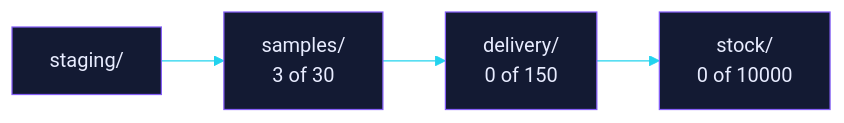
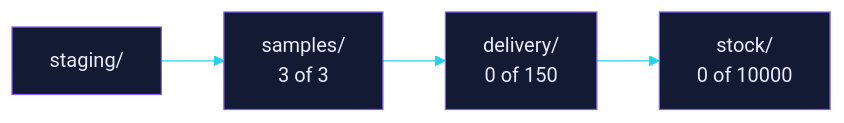
Before and after one commit to EtharaOrion/thanatos-samples: the second of 2 diagrams in README.md, drawn with Mermaid. The commit also changed other lines of this file, not shown here.

Commit message:
chore(lane): render the README for the samples ceiling of 3

````diff
--- a/README.md
+++ b/README.md
@@ -77,8 +77,8 @@
 ```mermaid
 %%{init: {"theme":"base","themeVariables":{"primaryColor":"#131a33","primaryTextColor":"#e8ecff","primaryBorderColor":"#845EF7","lineColor":"#22d3ee","fontFamily":"monospace"}}}%%
 flowchart LR
     staging["staging/"]
-    staging --> samples["samples/<br/>3 of 30"]
+    staging --> samples["samples/<br/>3 of 3"]
     samples --> delivery["delivery/<br/>0 of 150"]
     delivery --> stock["stock/<br/>0 of 10000"]
 ```
````
